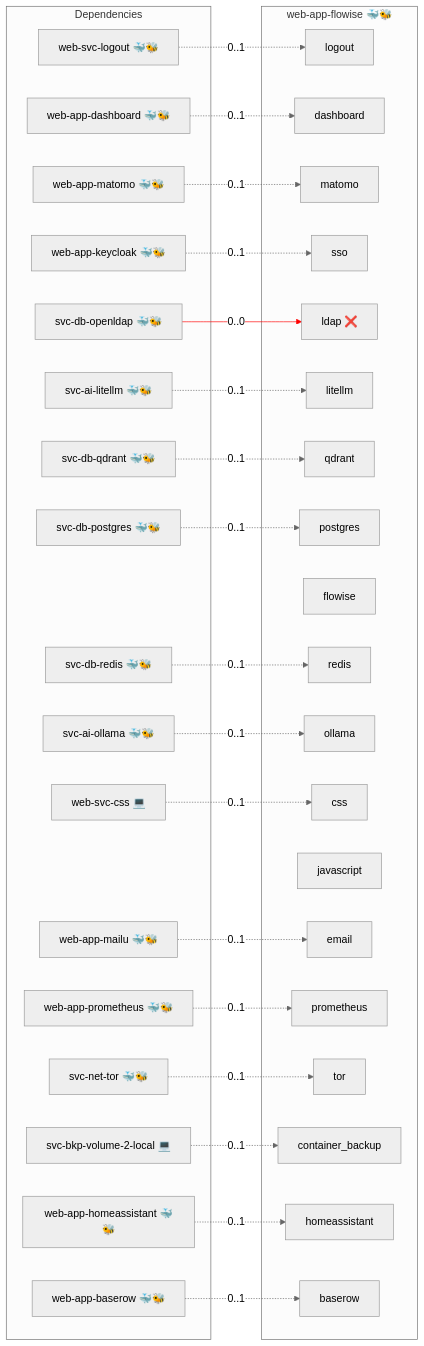
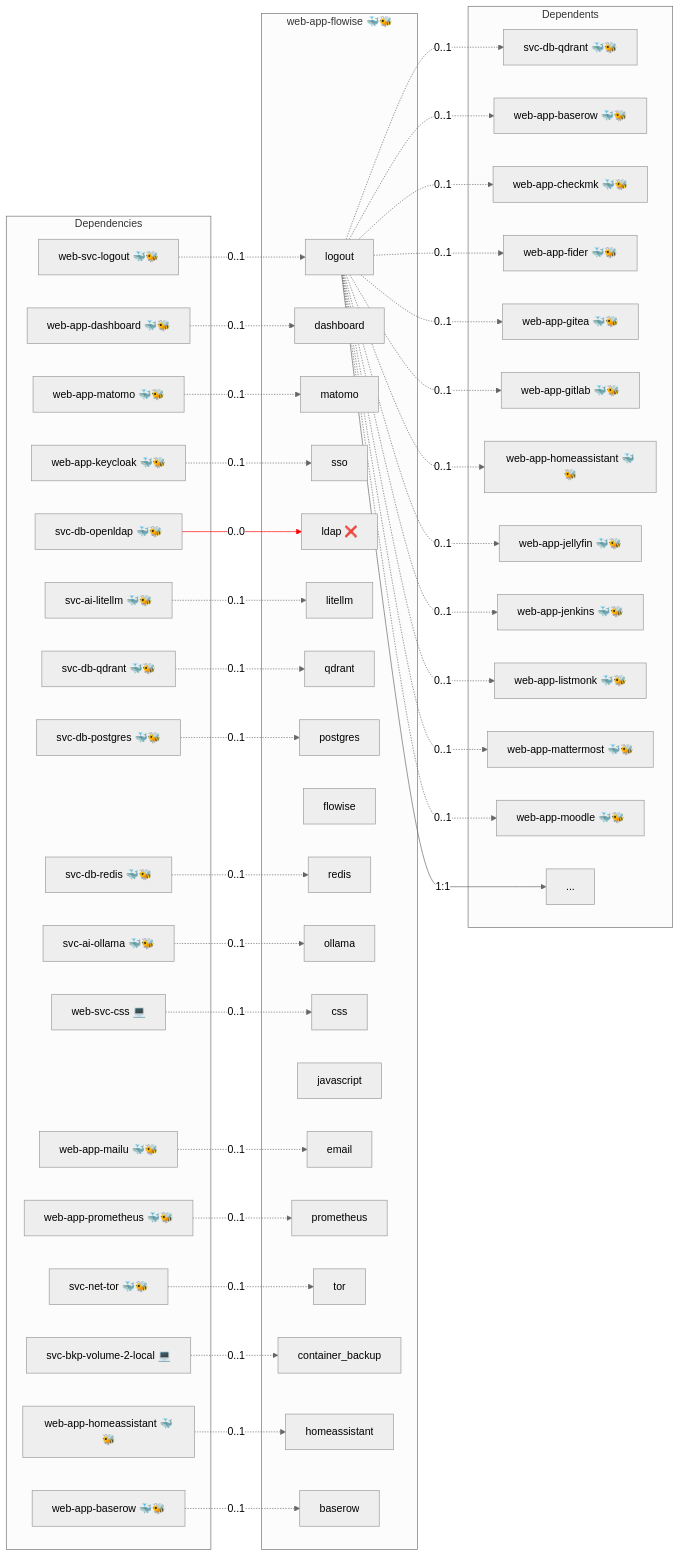
Before and after one commit to infinito-nexus/core: the diagram in roles/web-app-flowise/README.md, drawn with Mermaid (neutral theme). The commit also changed 101 other files, not shown here.

````diff
--- a/roles/web-app-flowise/README.md
+++ b/roles/web-app-flowise/README.md
@@ -54,6 +54,21 @@
         svc_homeassistant["homeassistant"]
         svc_baserow["baserow"]
     end
+    subgraph dependents [Dependents]
+        dpt_svc_db_qdrant["svc-db-qdrant 🐳🐝"]
+        dpt_web_app_baserow["web-app-baserow 🐳🐝"]
+        dpt_web_app_checkmk["web-app-checkmk 🐳🐝"]
+        dpt_web_app_fider["web-app-fider 🐳🐝"]
+        dpt_web_app_gitea["web-app-gitea 🐳🐝"]
+        dpt_web_app_gitlab["web-app-gitlab 🐳🐝"]
+        dpt_web_app_homeassistant["web-app-homeassistant 🐳🐝"]
+        dpt_web_app_jellyfin["web-app-jellyfin 🐳🐝"]
+        dpt_web_app_jenkins["web-app-jenkins 🐳🐝"]
+        dpt_web_app_listmonk["web-app-listmonk 🐳🐝"]
+        dpt_web_app_mattermost["web-app-mattermost 🐳🐝"]
+        dpt_web_app_moodle["web-app-moodle 🐳🐝"]
+        dpt_more["..."]
+    end
     dep_svc_ai_litellm -. "0..1" .-> svc_litellm
     dep_svc_ai_ollama -. "0..1" .-> svc_ollama
     dep_svc_bkp_volume_2_local -. "0..1" .-> svc_container_backup
@@ -71,5 +86,18 @@
     dep_web_app_prometheus -. "0..1" .-> svc_prometheus
     dep_web_svc_css -. "0..1" .-> svc_css
     dep_web_svc_logout -. "0..1" .-> svc_logout
+    svc_logout -- "1:1" --> dpt_more
+    svc_logout -. "0..1" .-> dpt_svc_db_qdrant
+    svc_logout -. "0..1" .-> dpt_web_app_baserow
+    svc_logout -. "0..1" .-> dpt_web_app_checkmk
+    svc_logout -. "0..1" .-> dpt_web_app_fider
+    svc_logout -. "0..1" .-> dpt_web_app_gitea
+    svc_logout -. "0..1" .-> dpt_web_app_gitlab
+    svc_logout -. "0..1" .-> dpt_web_app_homeassistant
+    svc_logout -. "0..1" .-> dpt_web_app_jellyfin
+    svc_logout -. "0..1" .-> dpt_web_app_jenkins
+    svc_logout -. "0..1" .-> dpt_web_app_listmonk
+    svc_logout -. "0..1" .-> dpt_web_app_mattermost
+    svc_logout -. "0..1" .-> dpt_web_app_moodle
     linkStyle 3 stroke:red;
 ```
````
